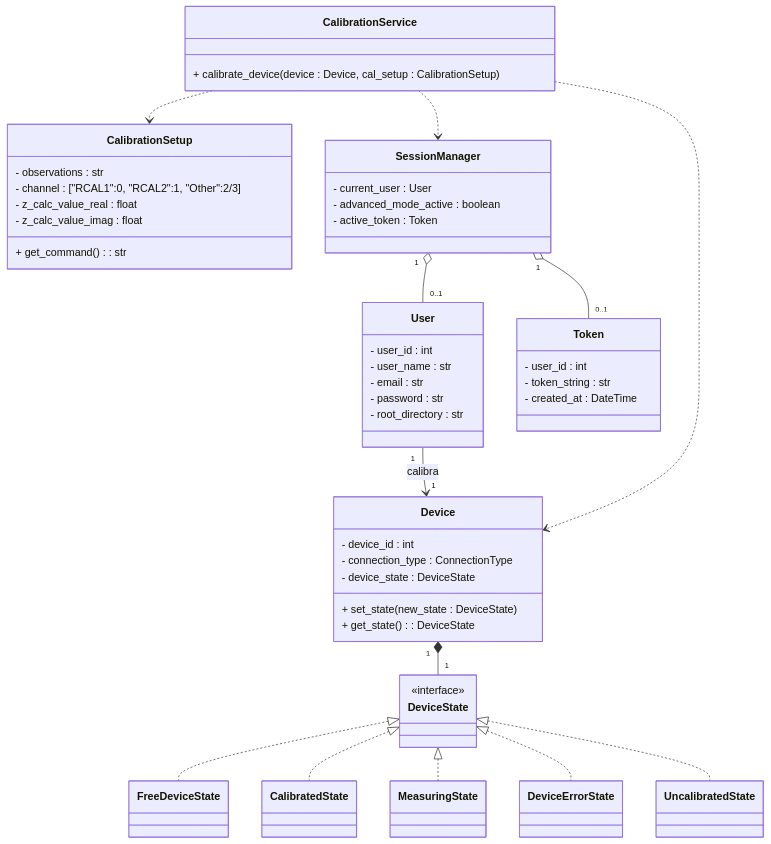
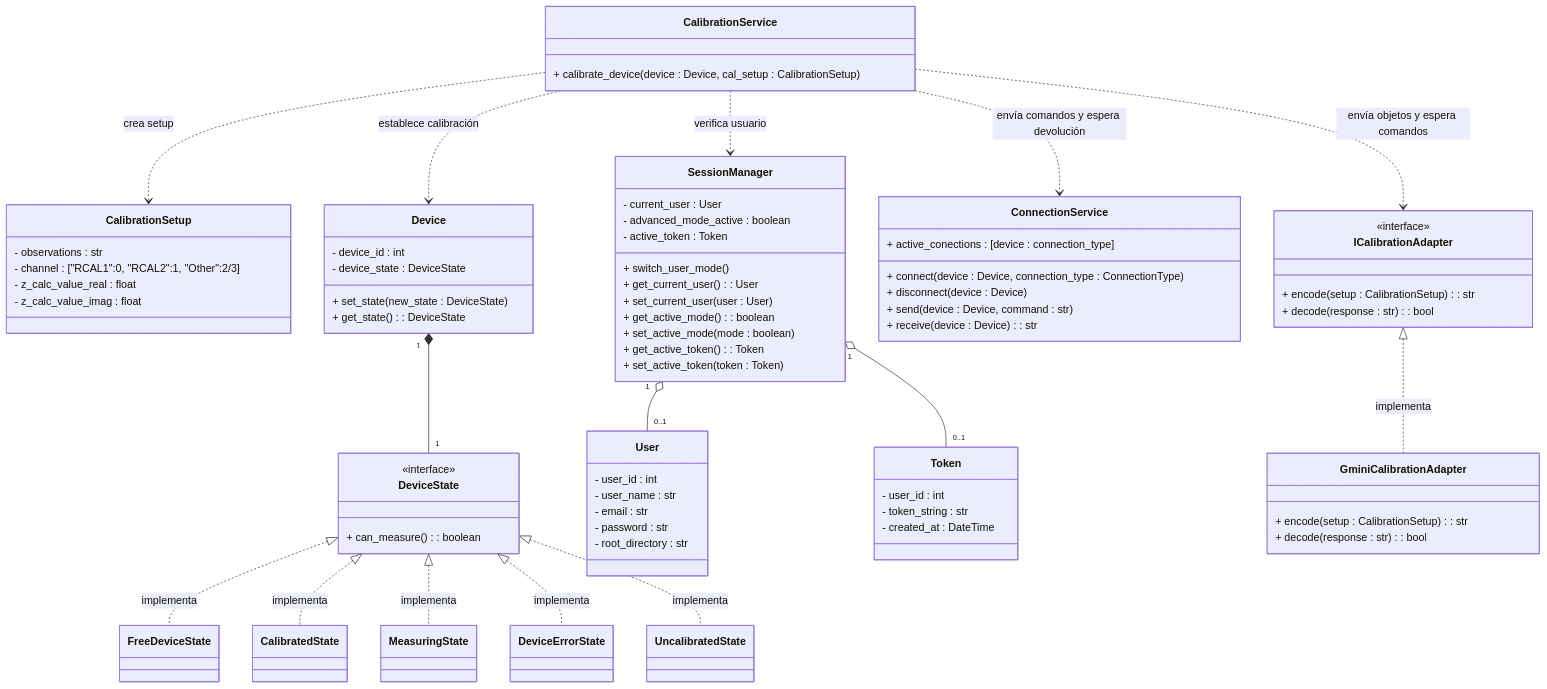
Before and after one commit to alegrelias/Repo-GMini: diagram 14 of 24 in Gmini-MarkDown/Guanaco Mini.md, drawn with Mermaid. The commit also changed other lines of this file, not shown here.

Commit message:
Se actualiza documento con implementacion de patron adapter y mejoras en BD

````diff
--- a/Gmini-MarkDown/Guanaco Mini.md
+++ b/Gmini-MarkDown/Guanaco Mini.md
@@ -1522,10 +1545,10 @@
 ```mermaid
 classDiagram
-DeviceState <|.. FreeDeviceState
-DeviceState <|.. CalibratedState
-DeviceState <|.. MeasuringState
-DeviceState <|.. DeviceErrorState
-DeviceState <|.. UncalibratedState
+DeviceState <|.. FreeDeviceState : implementa
+DeviceState <|.. CalibratedState : implementa
+DeviceState <|.. MeasuringState : implementa
+DeviceState <|.. DeviceErrorState : implementa
+DeviceState <|.. UncalibratedState : implementa
 
 %% clases
 class User {
@@ -1542,12 +1565,10 @@
 	- channel : ["RCAL1":0, "RCAL2":1, "Other":2/3]
 	- z_calc_value_real : float
 	- z_calc_value_imag : float
-	+ get_command() : str
 }
 
 class Device{
 	- device_id : int
-	- connection_type : ConnectionType
 	- device_state : DeviceState
 	+ set_state(new_state : DeviceState)
 	+ get_state() : DeviceState
@@ -1555,11 +1576,13 @@
 
 class DeviceState{
 		<<interface>>
+		+ can_measure() : boolean
 	}
 	class FreeDeviceState
 	class CalibratedState
 	class MeasuringState
 	class DeviceErrorState
+	class UncalibratedState
 
 class CalibrationService{
 	+ calibrate_device(device : Device, cal_setup : CalibrationSetup)
@@ -1569,6 +1592,21 @@
 	- current_user : User
 	- advanced_mode_active : boolean
 	- active_token : Token
+	+ switch_user_mode()
+	+ get_current_user() : User
+	+ set_current_user(user : User)
+	+ get_active_mode() : boolean
+	+ set_active_mode(mode : boolean)
+	+ get_active_token() : Token
+	+ set_active_token(token : Token)
+}
+
+class ConnectionService{
+	+ active_conections : [device : connection_type]
+	+ connect(device : Device, connection_type : ConnectionType)
+	+ disconnect(device : Device)
+	+ send(device : Device, command : str)
+	+ receive(device : Device) : str
 }
 
 class Token {
@@ -1577,15 +1615,30 @@
 	- created_at : DateTime
 }
 
+%% patron adapter
+class ICalibrationAdapter{ 
+	<<interface>>
+	+ encode(setup : CalibrationSetup) : str 
+	+ decode(response : str) : bool 
+}
+
+class GminiCalibrationAdapter{ 
+	+ encode(setup : CalibrationSetup) : str 
+	+ decode(response : str) : bool 
+} 
+
 %% relaciones
-User "1"-->"1" Device : calibra
 
 Device "1"*--"1" DeviceState
 
 SessionManager "1"o--"0..1" Token
 SessionManager "1"o--"0..1" User
 
-CalibrationService ..> Device
-CalibrationService ..> CalibrationSetup
-CalibrationService ..> SessionManager
+ICalibrationAdapter <|.. GminiCalibrationAdapter : implementa
+
+CalibrationService ..> ConnectionService : envía comandos y espera devolución
+CalibrationService ..> Device : establece calibración
+CalibrationService ..> CalibrationSetup : crea setup
+CalibrationService ..> SessionManager : verifica usuario
+CalibrationService ..> ICalibrationAdapter : envía objetos y espera comandos
 ```
````
